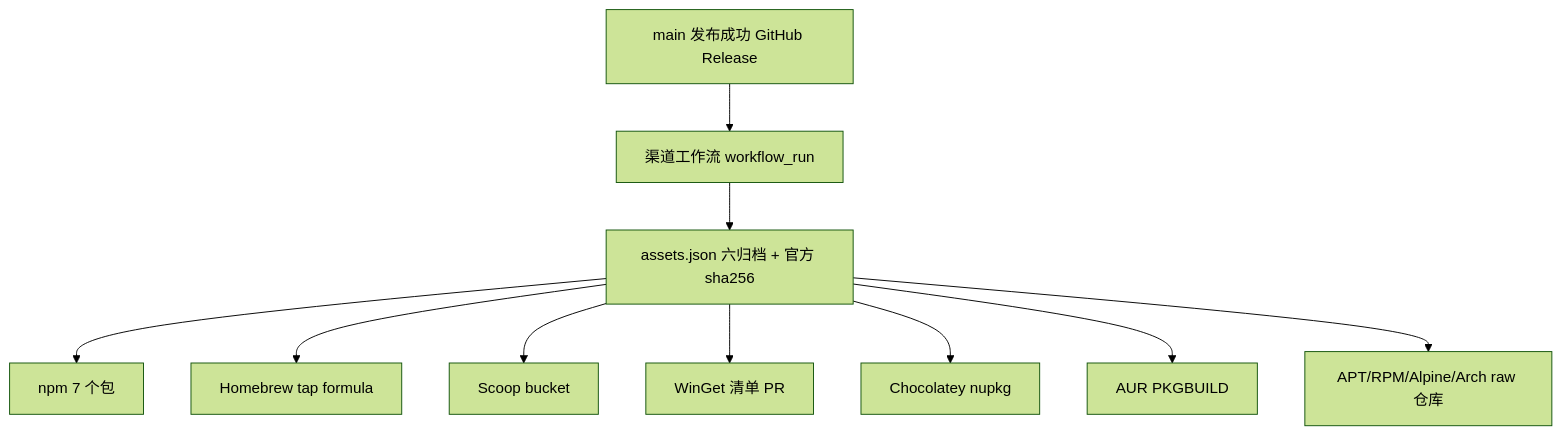
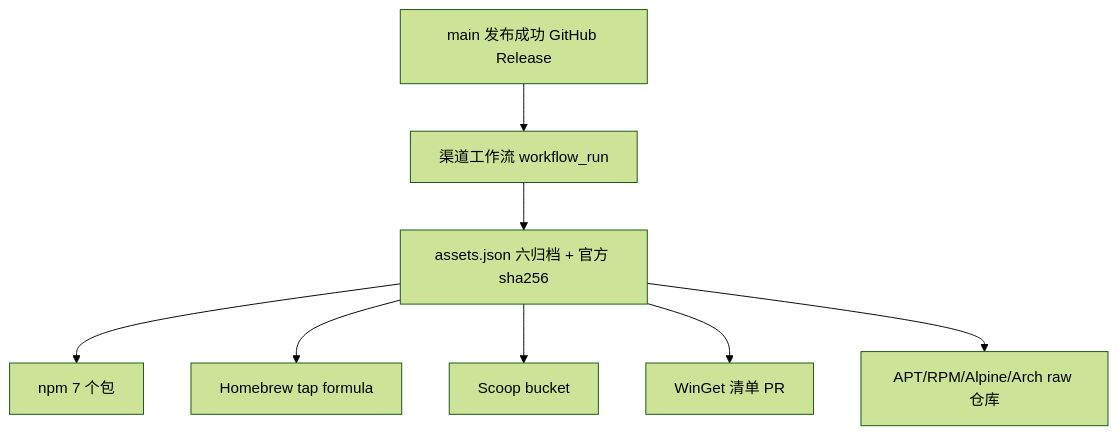
One commit to zerobiubiu/kenvoy changed the diagram in docs/operations/distribution-channels.md. Above: the diagram before and after it, drawn with Mermaid (forest theme). The commit also changed other lines of this file and 13 other files, not shown here.

Commit message:
退役 Chocolatey 与 AUR 渠道并收敛发布流水线

````diff
--- a/docs/operations/distribution-channels.md
+++ b/docs/operations/distribution-channels.md
@@ -7,12 +7,10 @@
 ```mermaid
 flowchart TD
   A[main 发布成功 GitHub Release] --> B[渠道工作流 workflow_run]
   B --> C[assets.json 六归档 + 官方 sha256]
   C --> D[npm 7 个包]
   C --> E[Homebrew tap formula]
   C --> F[Scoop bucket]
   C --> G[WinGet 清单 PR]
-  C --> H[Chocolatey nupkg]
-  C --> I[AUR PKGBUILD]
   C --> J[APT/RPM/Alpine/Arch raw 仓库]
 ```
````
